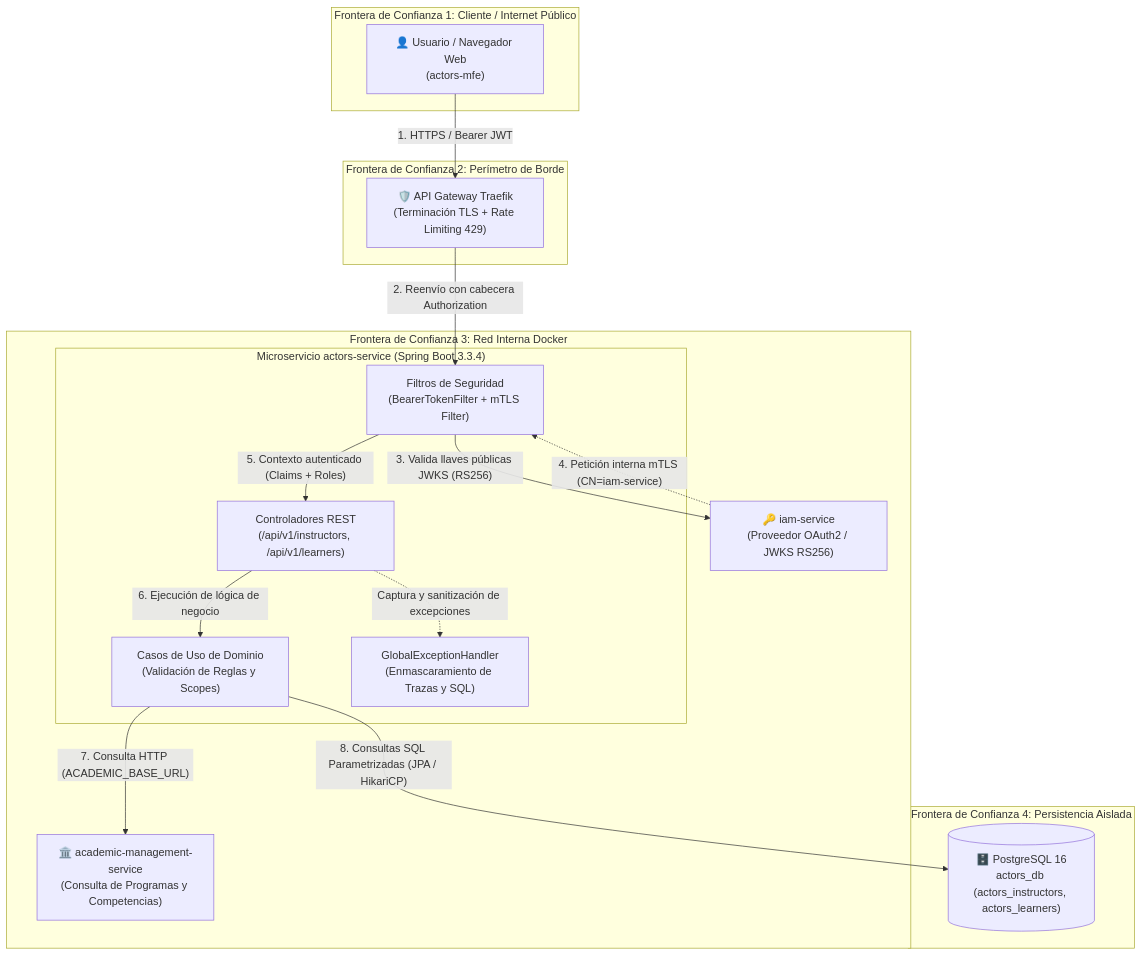
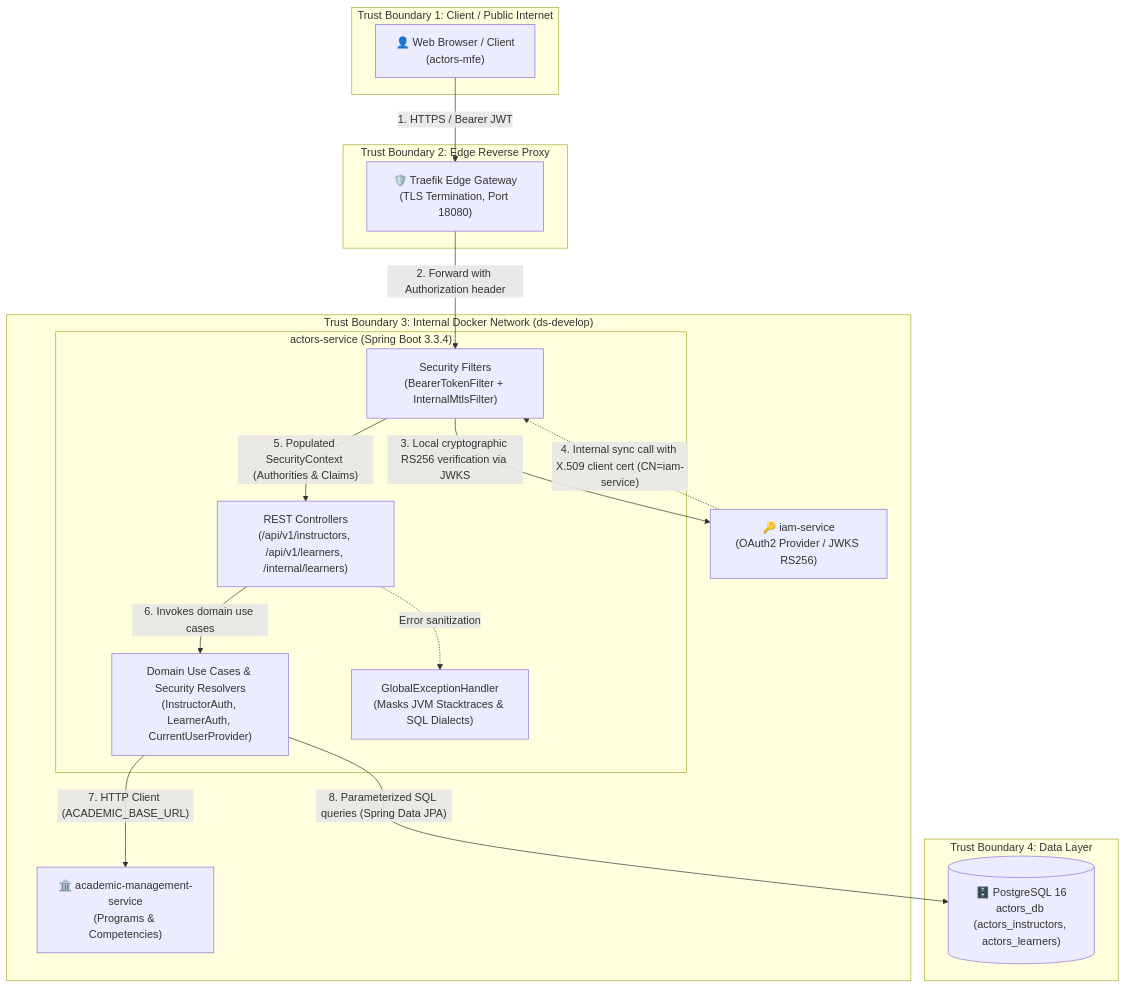
Before and after one commit to Karendaniela09/design-software-docs: the diagram in 09-microservices/services/06-actors-service/security.md, drawn with Mermaid. The commit also changed other lines of this file and 5 other files, not shown here.

````diff
--- a/09-microservices/services/06-actors-service/security.md
+++ b/09-microservices/services/06-actors-service/security.md
@@ -22,37 +19,37 @@
 ```mermaid
 flowchart TD
-    subgraph TB1["Frontera de Confianza 1: Cliente / Internet Público"]
-        User["👤 Usuario / Navegador Web<br/>(actors-mfe)"]
+    subgraph TB1["Trust Boundary 1: Client / Public Internet"]
+        User["👤 Web Browser / Client<br/>(actors-mfe)"]
     end
 
-    subgraph TB2["Frontera de Confianza 2: Perímetro de Borde"]
-        Gateway["🛡️ API Gateway Traefik<br/>(Terminación TLS + Rate Limiting 429)"]
+    subgraph TB2["Trust Boundary 2: Edge Reverse Proxy"]
+        Gateway["🛡️ Traefik Edge Gateway<br/>(TLS Termination, Port 18080)"]
     end
 
-    subgraph TB3["Frontera de Confianza 3: Red Interna Docker"]
-        IAM["🔑 iam-service<br/>(Proveedor OAuth2 / JWKS RS256)"]
+    subgraph TB3["Trust Boundary 3: Internal Docker Network (ds-develop)"]
+        IAM["🔑 iam-service<br/>(OAuth2 Provider / JWKS RS256)"]
         
-        subgraph ActorsApp["Microservicio actors-service (Spring Boot 3.3.4)"]
-            Filters["Filtros de Seguridad<br/>(BearerTokenFilter + mTLS Filter)"]
-            Controllers["Controladores REST<br/>(/api/v1/instructors, /api/v1/learners)"]
-            Domain["Casos de Uso de Dominio<br/>(Validación de Reglas y Scopes)"]
-            ExHandler["GlobalExceptionHandler<br/>(Enmascaramiento de Trazas y SQL)"]
+        subgraph ActorsApp["actors-service (Spring Boot 3.3.4)"]
+            Filters["Security Filters<br/>(BearerTokenFilter + InternalMtlsFilter)"]
+            Controllers["REST Controllers<br/>(/api/v1/instructors, /api/v1/learners, /internal/learners)"]
+            Domain["Domain Use Cases & Security Resolvers<br/>(InstructorAuth, LearnerAuth, CurrentUserProvider)"]
+            ExHandler["GlobalExceptionHandler<br/>(Masks JVM Stacktraces & SQL Dialects)"]
         end
 
-        AcademicService["🏛️ academic-management-service<br/>(Consulta de Programas y Competencias)"]
+        AcademicService["🏛️ academic-management-service<br/>(Programs & Competencies)"]
     end
 
-    subgraph TB4["Frontera de Confianza 4: Persistencia Aislada"]
+    subgraph TB4["Trust Boundary 4: Data Layer"]
         PostgresDB[("🗄️ PostgreSQL 16<br/>actors_db (actors_instructors, actors_learners)")]
     end
 
     User -->|"1. HTTPS / Bearer JWT"| Gateway
-    Gateway -->|"2. Reenvío con cabecera Authorization"| Filters
-    Filters -->|"3. Valida llaves públicas JWKS (RS256)"| IAM
-    IAM -.->|"4. Petición interna mTLS (CN=iam-service)"| Filters
-    Filters -->|"5. Contexto autenticado (Claims + Roles)"| Controllers
-    Controllers -->|"6. Ejecución de lógica de negocio"| Domain
-    Domain -->|"7. Consulta HTTP (ACADEMIC_BASE_URL)"| AcademicService
-    Domain -->|"8. Consultas SQL Parametrizadas (JPA / HikariCP)"| PostgresDB
-    Controllers -.->|"Captura y sanitización de excepciones"| ExHandler
+    Gateway -->|"2. Forward with Authorization header"| Filters
+    Filters -->|"3. Local cryptographic RS256 verification via JWKS"| IAM
+    IAM -.->|"4. Internal sync call with X.509 client cert (CN=iam-service)"| Filters
+    Filters -->|"5. Populated SecurityContext (Authorities & Claims)"| Controllers
+    Controllers -->|"6. Invokes domain use cases"| Domain
+    Domain -->|"7. HTTP Client (ACADEMIC_BASE_URL)"| AcademicService
+    Domain -->|"8. Parameterized SQL queries (Spring Data JPA)"| PostgresDB
+    Controllers -.->|"Error sanitization"| ExHandler
 ```
````
